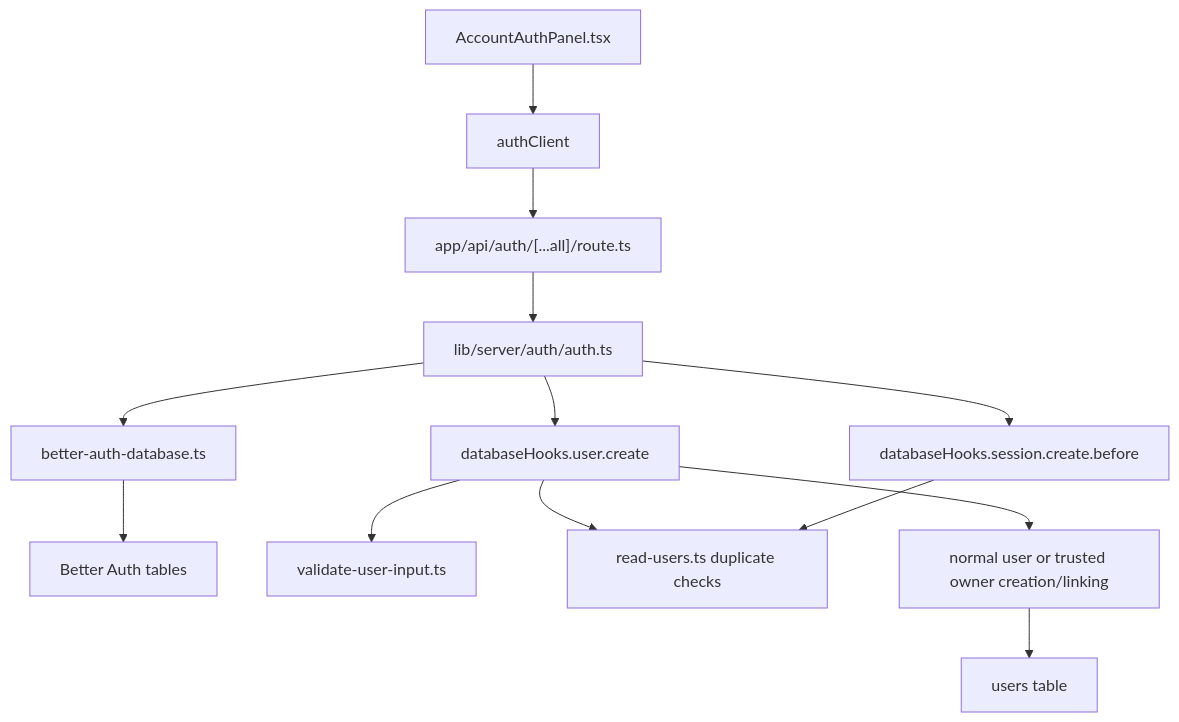
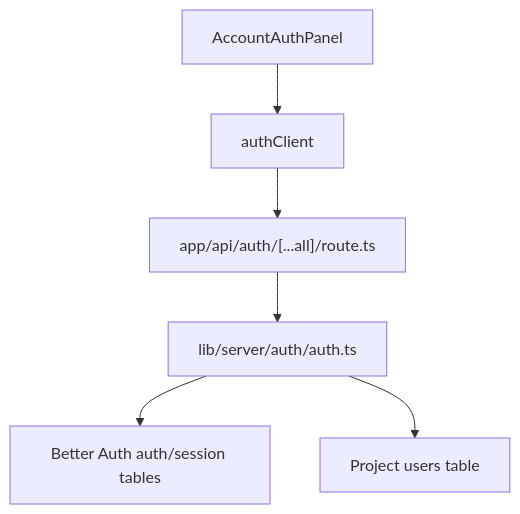
Before and after one commit to bucketb0t/Earth_In_Sound: the second of 4 diagrams in PROJECT_LEARNING_FLOW.md, drawn with Mermaid. The commit also changed other lines of this file and 6 other files, not shown here.

````diff
--- a/PROJECT_LEARNING_FLOW.md
+++ b/PROJECT_LEARNING_FLOW.md
@@ -1763,17 +313,8 @@
 ```mermaid
 flowchart TD
-  AccountPanel["AccountAuthPanel.tsx"] --> AuthClient["authClient"]
+  AccountUI["AccountAuthPanel"] --> AuthClient["authClient"]
   AuthClient --> AuthRoute["app/api/auth/[...all]/route.ts"]
   AuthRoute --> AuthConfig["lib/server/auth/auth.ts"]
-
-  AuthConfig --> BetterAuthDB["better-auth-database.ts"]
-  BetterAuthDB --> BetterAuthTables["Better Auth tables"]
-
-  AuthConfig --> Hooks["databaseHooks.user.create"]
-  AuthConfig --> SessionHook["databaseHooks.session.create.before"]
-  Hooks --> Validation["validate-user-input.ts"]
-  Hooks --> ReadUsers["read-users.ts duplicate checks"]
-  Hooks --> WriteUsers["normal user or trusted owner creation/linking"]
-  SessionHook --> ReadUsers
-  WriteUsers --> UsersTable["users table"]
+  AuthConfig --> BetterAuthTables["Better Auth auth/session tables"]
+  AuthConfig --> ProjectUsers["Project users table"]
 ```
````
